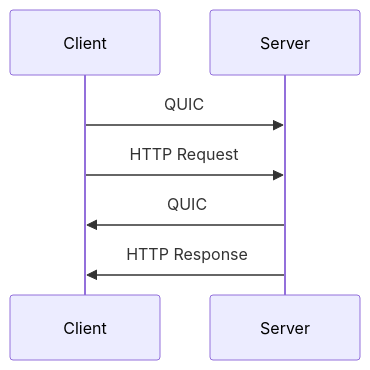
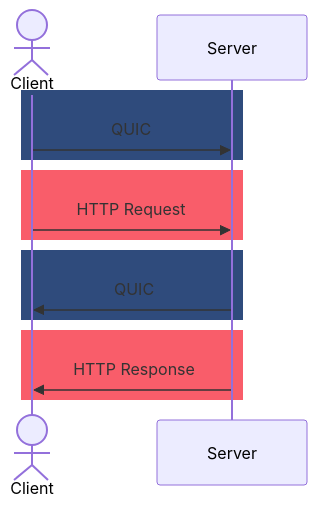
One commit to sudorandom/kmcd.dev changed the third of 3 diagrams in content/posts/2024/grpc-over-http3/index.md. Above: the diagram before and after it, drawn with Mermaid. The commit also changed other lines of this file and 1 other file, not shown here.

Commit message:
Adjust style for mermaid graphs

````diff
--- a/content/posts/2024/grpc-over-http3/index.md
+++ b/content/posts/2024/grpc-over-http3/index.md
@@ -65,8 +79,18 @@
 ```mermaid
 sequenceDiagram
-    Client ->> Server: QUIC
-    Client ->> Server: HTTP Request
+    actor Client
 
-    Server ->> Client: QUIC
-    Server ->> Client: HTTP Response
+    rect rgb(47,75,124)
+        Client ->> Server: QUIC
+    end
+    rect rgb(249,93,106)
+        Client ->> Server: HTTP Request
+    end
+
+    rect rgb(47,75,124)
+        Server ->> Client: QUIC
+    end
+    rect rgb(249,93,106)
+        Server ->> Client: HTTP Response
+    end
 ```
````
